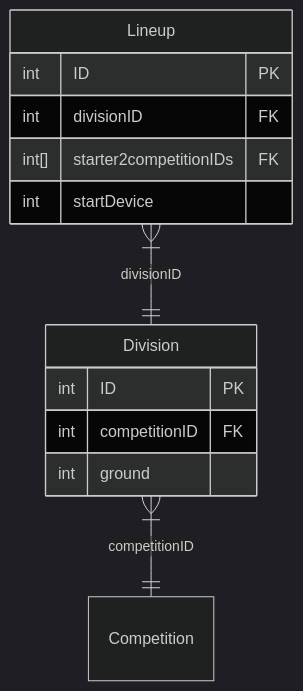
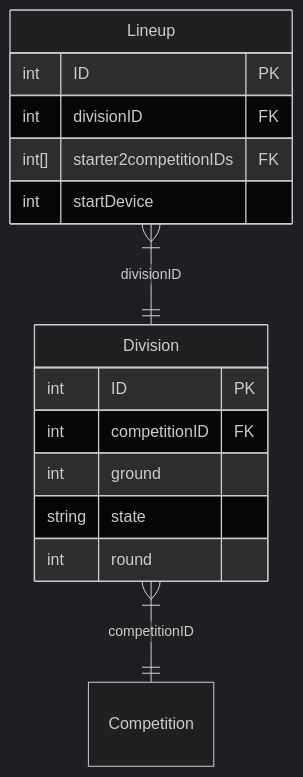
The second of 2 diagrams in docs/DatabaseSchema.md (mathewmeconry/uteg-v2), drawn with Mermaid (dark theme) before and after one commit.

Commit message:
docs: adds missing fields to division

````diff
--- a/docs/DatabaseSchema.md
+++ b/docs/DatabaseSchema.md
@@ -67,19 +67,21 @@
 ```mermaid
 erDiagram
     EGT_Division["Division"] {
         int ID PK
         int competitionID FK
         int ground
+        string state
+        int round
     }
 
     EGT_Division |{--|| Competition: competitionID
 
     EGT_Lineup["Lineup"] {
         int ID PK
         int divisionID FK
         int[] starter2competitionIDs FK
         int startDevice
     }
 
     EGT_Lineup |{--|| EGT_Division: divisionID
 ```
````
